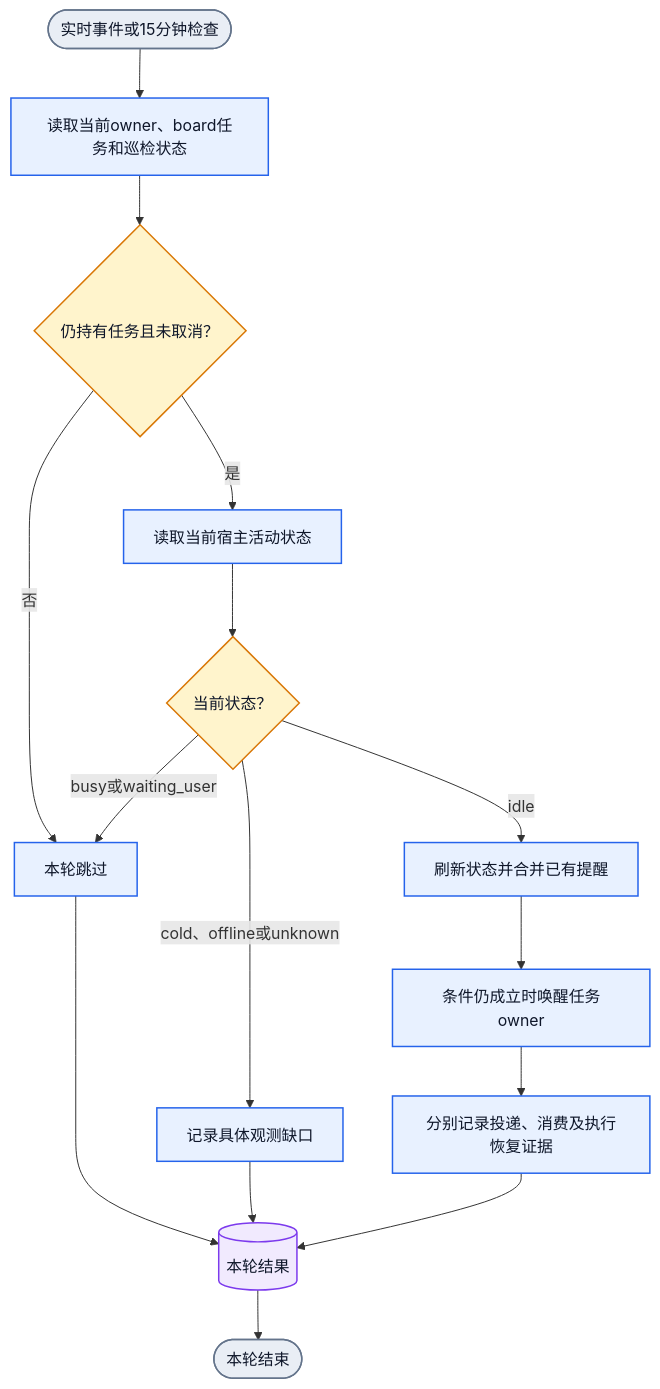
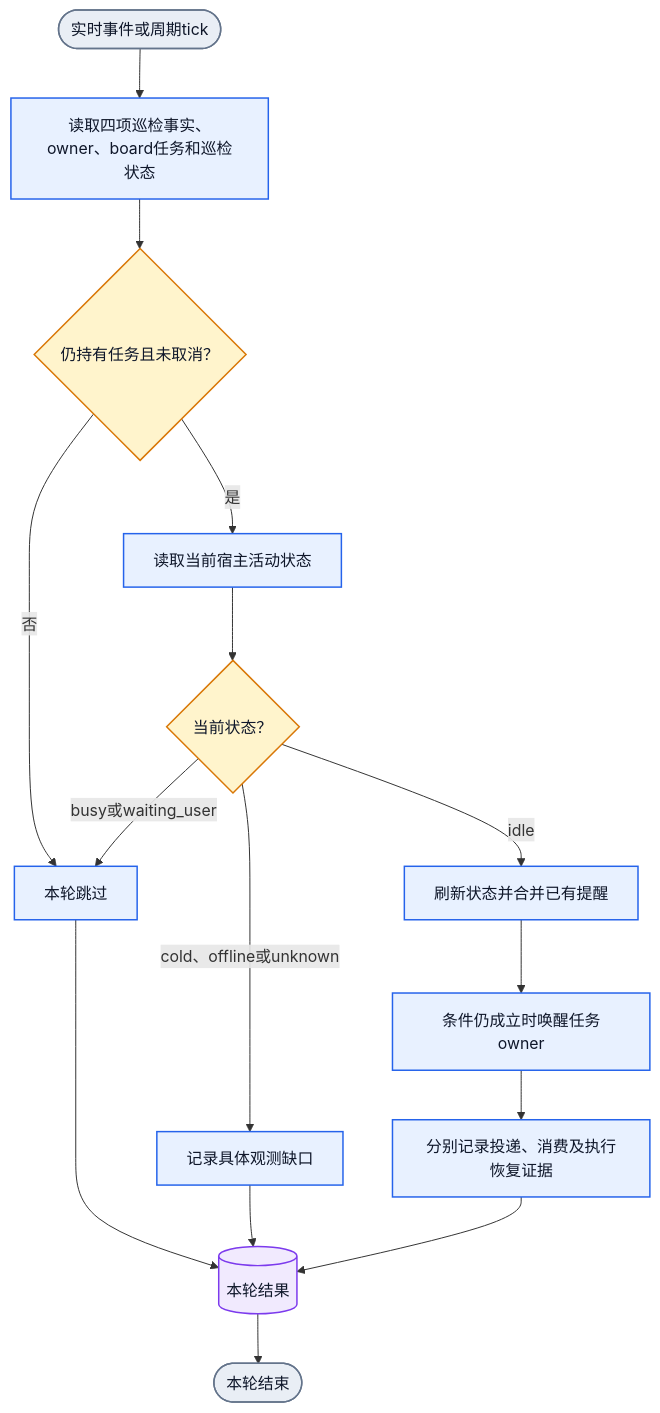
Before and after one commit to Jasonzhangf/appsdk: the diagram in collab/skills/collab/references/board-idle-patrol.md, drawn with Mermaid. The commit also changed other lines of this file and 6 other files, not shown here.

````diff
--- a/collab/skills/collab/references/board-idle-patrol.md
+++ b/collab/skills/collab/references/board-idle-patrol.md
@@ -214,21 +224,21 @@
 ```mermaid
 flowchart TD
-  S([实时事件或15分钟检查]):::boundary --> A[读取当前owner、board任务和巡检状态]:::action
+  S([实时事件或周期tick]):::boundary --> A[读取四项巡检事实、owner、board任务和巡检状态]:::action
   A --> B{仍持有任务且未取消？}:::decision
   B -->|否| Q[本轮跳过]:::action
   B -->|是| C[读取当前宿主活动状态]:::action
   C --> D{当前状态？}:::decision
   D -->|busy或waiting_user| Q
   D -->|cold、offline或unknown| F[记录具体观测缺口]:::action
   D -->|idle| R[刷新状态并合并已有提醒]:::action
   R --> N[条件仍成立时唤醒任务owner]:::action
   N --> V[分别记录投递、消费及执行恢复证据]:::action
   V --> E[(本轮结果)]:::data
   Q --> E
   F --> E
   E --> Z([本轮结束]):::boundary
   classDef boundary fill:#E9EEF5,stroke:#64748B,color:#0F172A,stroke-width:1.5px
   classDef action fill:#E8F1FF,stroke:#2563EB,color:#0F172A,stroke-width:1.5px
   classDef decision fill:#FFF4CC,stroke:#D97706,color:#0F172A,stroke-width:1.5px
   classDef data fill:#F1EAFE,stroke:#7C3AED,color:#0F172A,stroke-width:1.5px
 ```
````
